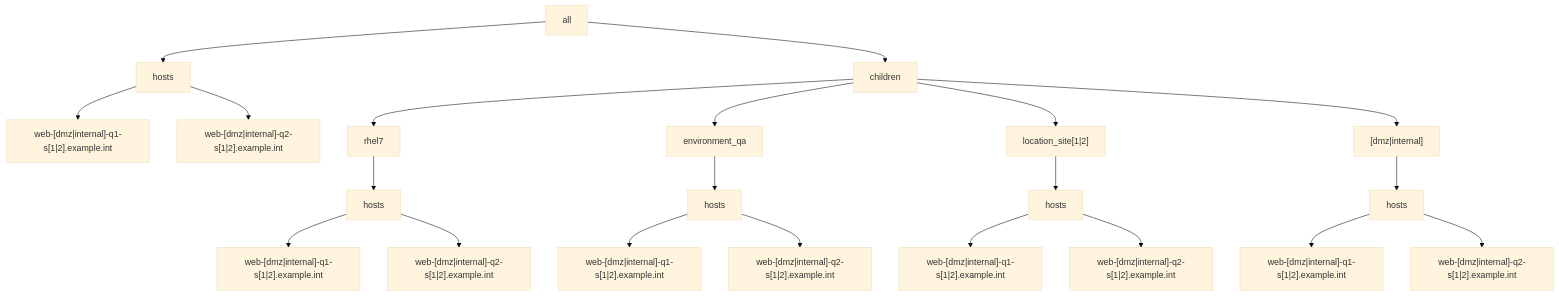
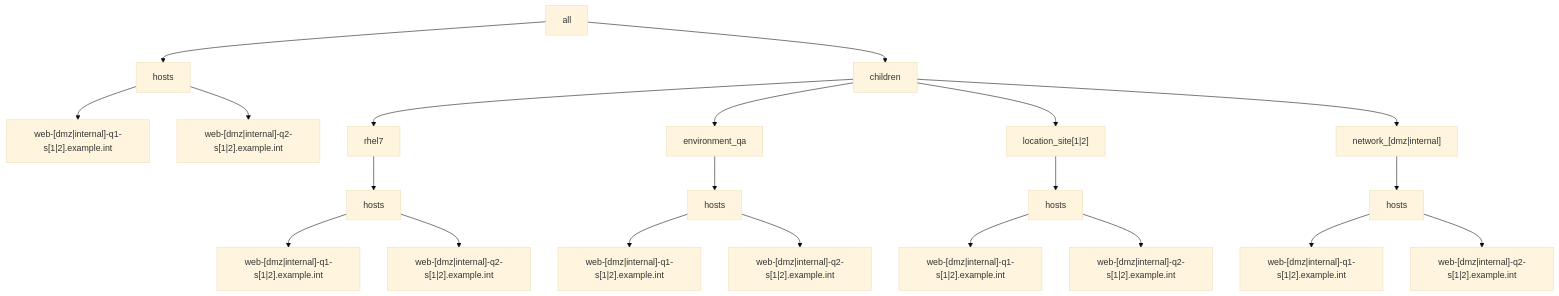
One commit to lj020326/Ansible-inventory-file-examples changed the second of 2 diagrams in tests/ansible-multiple-yaml-inventories/example4/README.md. Above: the diagram before and after it, drawn with Mermaid (base theme).

Commit message:
develop-lj - 	modified:   tests/ansible-multiple-yaml-inventories/example4/README.md

````diff
--- a/tests/ansible-multiple-yaml-inventories/example4/README.md
+++ b/tests/ansible-multiple-yaml-inventories/example4/README.md
@@ -27,23 +27,23 @@
 ```mermaid
 graph TD;
     A[all] --> C[hosts]
     A[all] --> D[children]
     C --> I["web-[dmz|internal]-q1-s[1|2].example.int"]
     C --> J["web-[dmz|internal]-q2-s[1|2].example.int"]
     D --> E[rhel7]
     D --> F[environment_qa]
     D --> G["location_site[1|2]"]
-    D --> H["[dmz|internal]"]
+    D --> H["network_[dmz|internal]"]
     E --> K[hosts]
     K --> L["web-[dmz|internal]-q1-s[1|2].example.int"]
     K --> M["web-[dmz|internal]-q2-s[1|2].example.int"]
     F --> N[hosts]
     N --> O["web-[dmz|internal]-q1-s[1|2].example.int"]
     N --> P["web-[dmz|internal]-q2-s[1|2].example.int"]
     G --> Q[hosts]
     Q --> R["web-[dmz|internal]-q1-s[1|2].example.int"]
     Q --> S["web-[dmz|internal]-q2-s[1|2].example.int"]
     H --> T[hosts]
     T --> U["web-[dmz|internal]-q1-s[1|2].example.int"]
     T --> W["web-[dmz|internal]-q2-s[1|2].example.int"]
 ```
````
